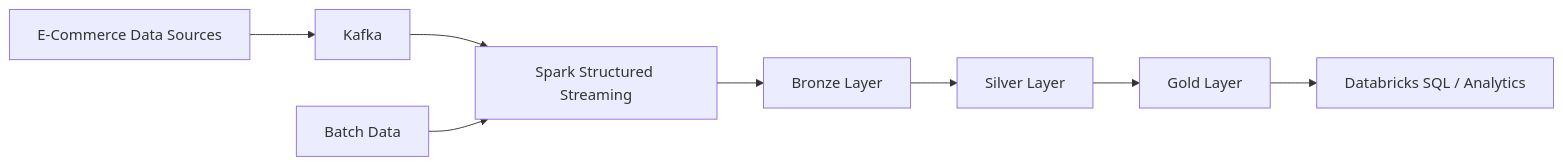
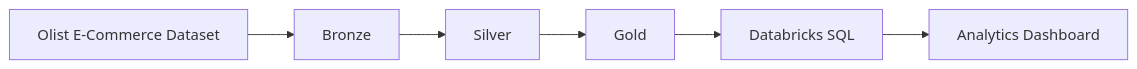
Before and after one commit to yunusbaskan04/databricks-ecommerce-data-platform: the first of 3 diagrams in README.md, drawn with Mermaid. The commit also changed other lines of this file and 1 other file, not shown here.

Commit message:
docs: document analytics layer and dashboard

````diff
--- a/README.md
+++ b/README.md
@@ -12,14 +11,8 @@
 ```mermaid
 flowchart LR
-    A[E-Commerce Data Sources] --> B[Kafka]
-
-    B --> C[Spark Structured Streaming]
-
-    C --> D[Bronze Layer]
-    D --> E[Silver Layer]
-    E --> F[Gold Layer]
-
-    F --> G[Databricks SQL / Analytics]
-
-    H[Batch Data] --> C
+    A[Olist E-Commerce Dataset] --> B[Bronze]
+    B --> C[Silver]
+    C --> D[Gold]
+    D --> E[Databricks SQL]
+    E --> F[Analytics Dashboard]
 ```
````
